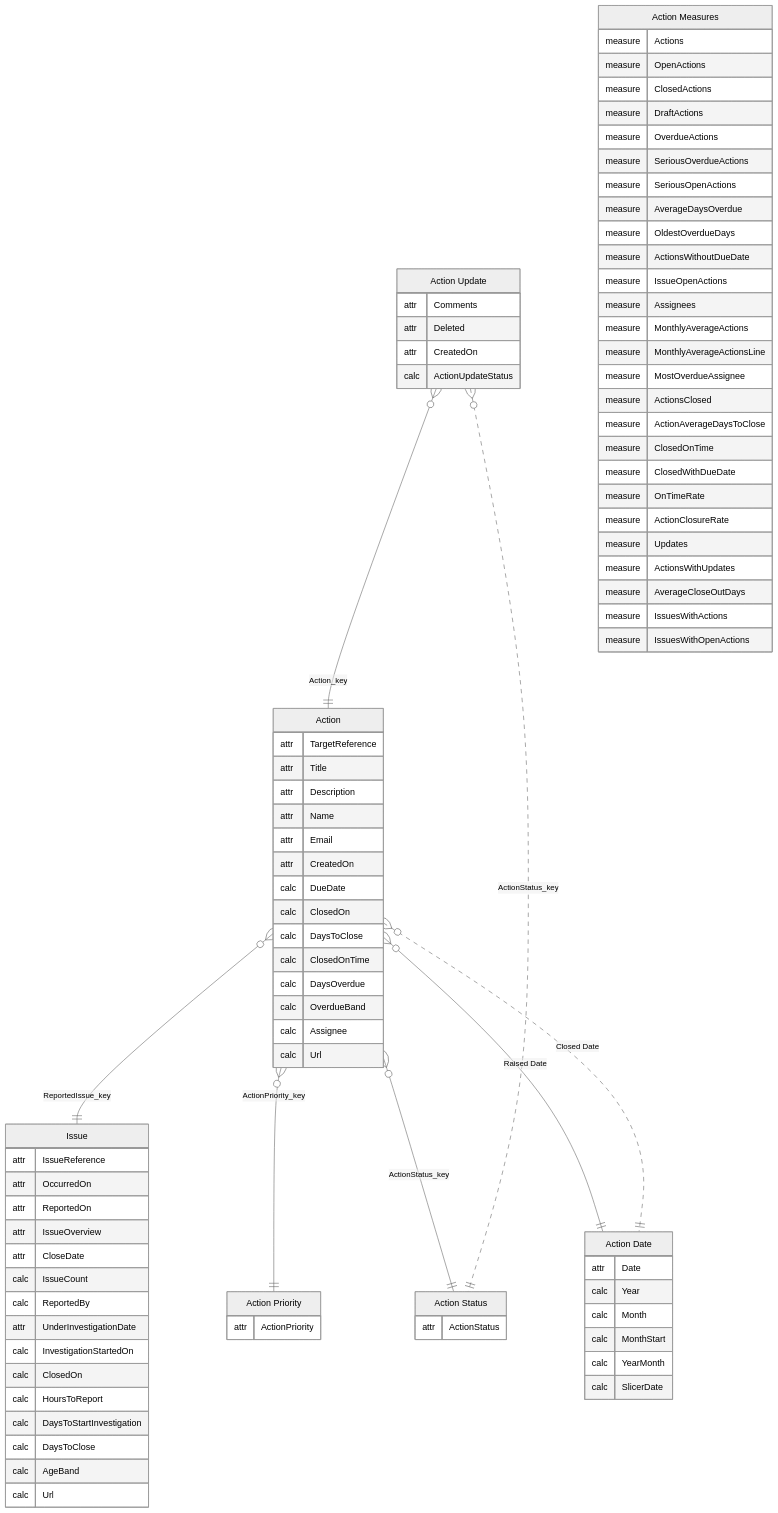
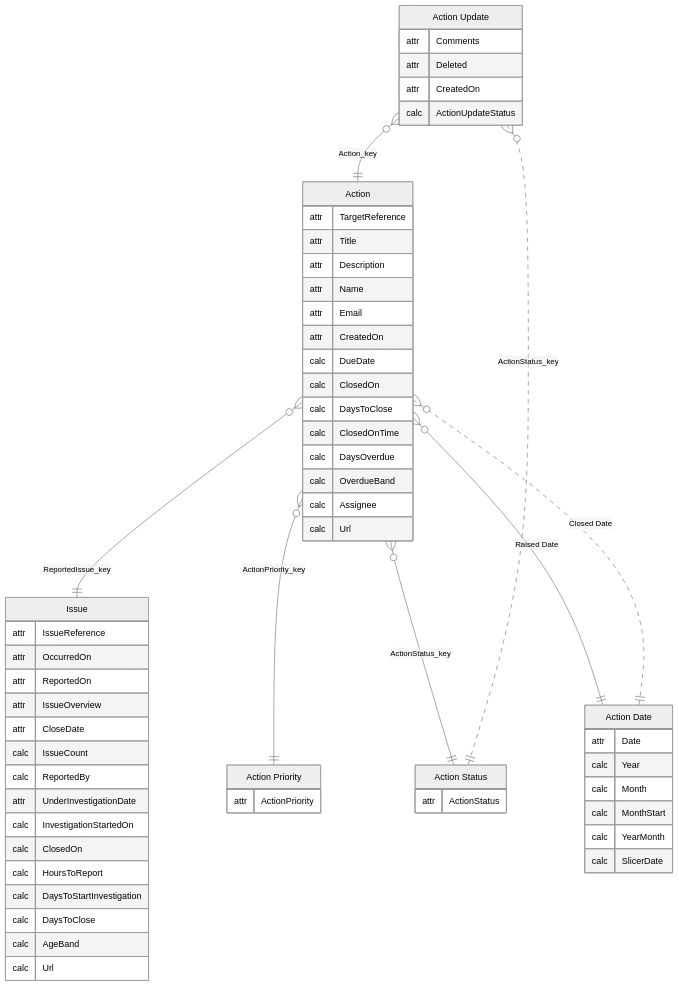
Before and after one commit to work-wallet/BIClient: diagram 12 of 12 in PowerBISamplesModels/ReportedIssues.md, drawn with Mermaid. The commit also changed 17 other files, not shown here.

```diff
--- a/PowerBISamplesModels/ReportedIssues.md
+++ b/PowerBISamplesModels/ReportedIssues.md
@@ -583,34 +594,6 @@
         calc AgeBand
         calc Url
     }
-    "Action Measures" {
-        measure Actions
-        measure OpenActions
-        measure ClosedActions
-        measure DraftActions
-        measure OverdueActions
-        measure SeriousOverdueActions
-        measure SeriousOpenActions
-        measure AverageDaysOverdue
-        measure OldestOverdueDays
-        measure ActionsWithoutDueDate
-        measure IssueOpenActions
-        measure Assignees
-        measure MonthlyAverageActions
-        measure MonthlyAverageActionsLine
-        measure MostOverdueAssignee
-        measure ActionsClosed
-        measure ActionAverageDaysToClose
-        measure ClosedOnTime
-        measure ClosedWithDueDate
-        measure OnTimeRate
-        measure ActionClosureRate
-        measure Updates
-        measure ActionsWithUpdates
-        measure AverageCloseOutDays
-        measure IssuesWithActions
-        measure IssuesWithOpenActions
-    }
     "Action" }o--|| "Issue" : "ReportedIssue_key"
     "Action" }o--|| "Action Priority" : "ActionPriority_key"
     "Action" }o--|| "Action Status" : "ActionStatus_key"
```
